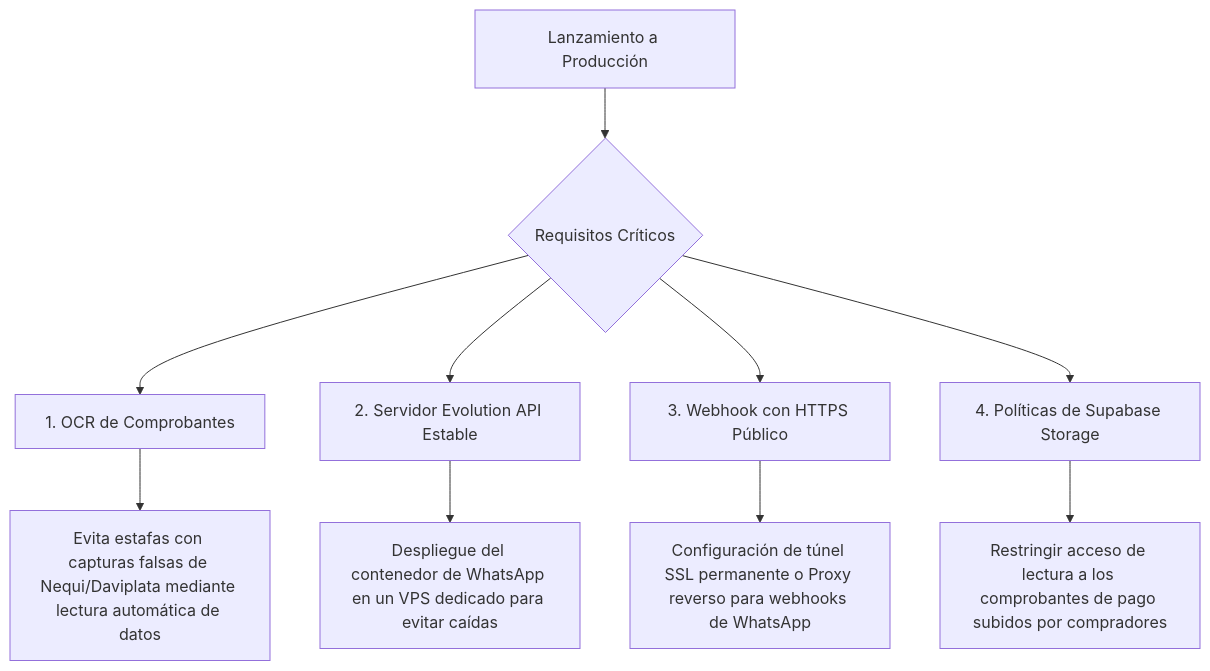
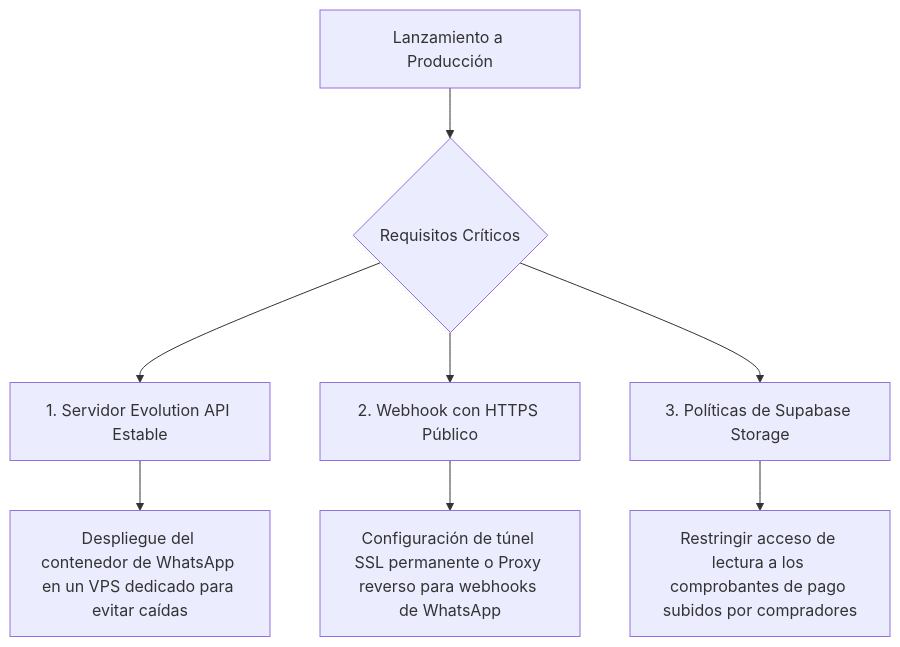
Before and after one commit to MasterErrorCLONE04/flashcheckout: the diagram in FLASHCHECKOUT_STATUS_REPORT.md, drawn with Mermaid. The commit also changed other lines of this file and 172 other files, not shown here.

````diff
--- a/FLASHCHECKOUT_STATUS_REPORT.md
+++ b/FLASHCHECKOUT_STATUS_REPORT.md
@@ -36,13 +36,11 @@
 ```mermaid
 graph TD
     A[Lanzamiento a Producción] --> B{Requisitos Críticos}
-    B --> C[1. OCR de Comprobantes]
-    B --> D[2. Servidor Evolution API Estable]
-    B --> E[3. Webhook con HTTPS Público]
-    B --> F[4. Políticas de Supabase Storage]
+    B --> D[1. Servidor Evolution API Estable]
+    B --> E[2. Webhook con HTTPS Público]
+    B --> F[3. Políticas de Supabase Storage]
     
-    C --> G[Evita estafas con capturas falsas de Nequi/Daviplata mediante lectura automática de datos]
     D --> H[Despliegue del contenedor de WhatsApp en un VPS dedicado para evitar caídas]
     E --> I[Configuración de túnel SSL permanente o Proxy reverso para webhooks de WhatsApp]
     F --> J[Restringir acceso de lectura a los comprobantes de pago subidos por compradores]
 ```
````
